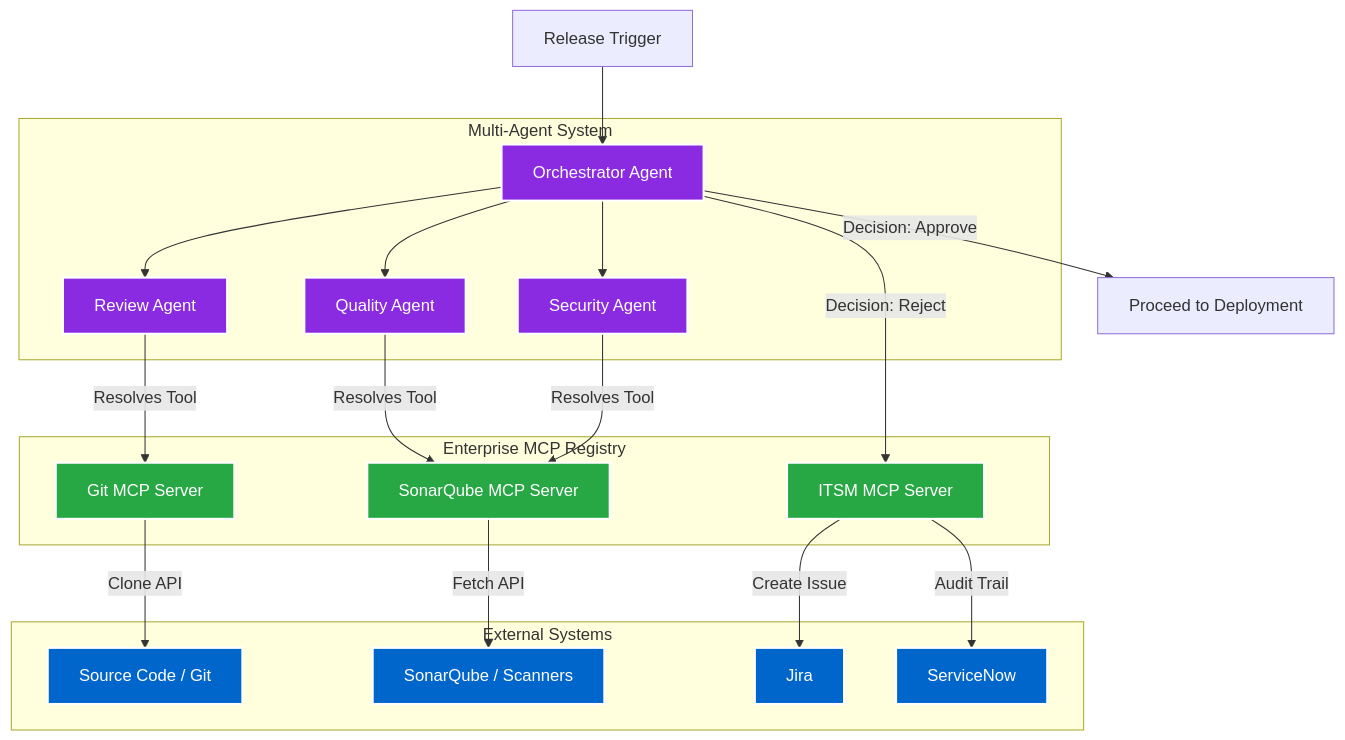
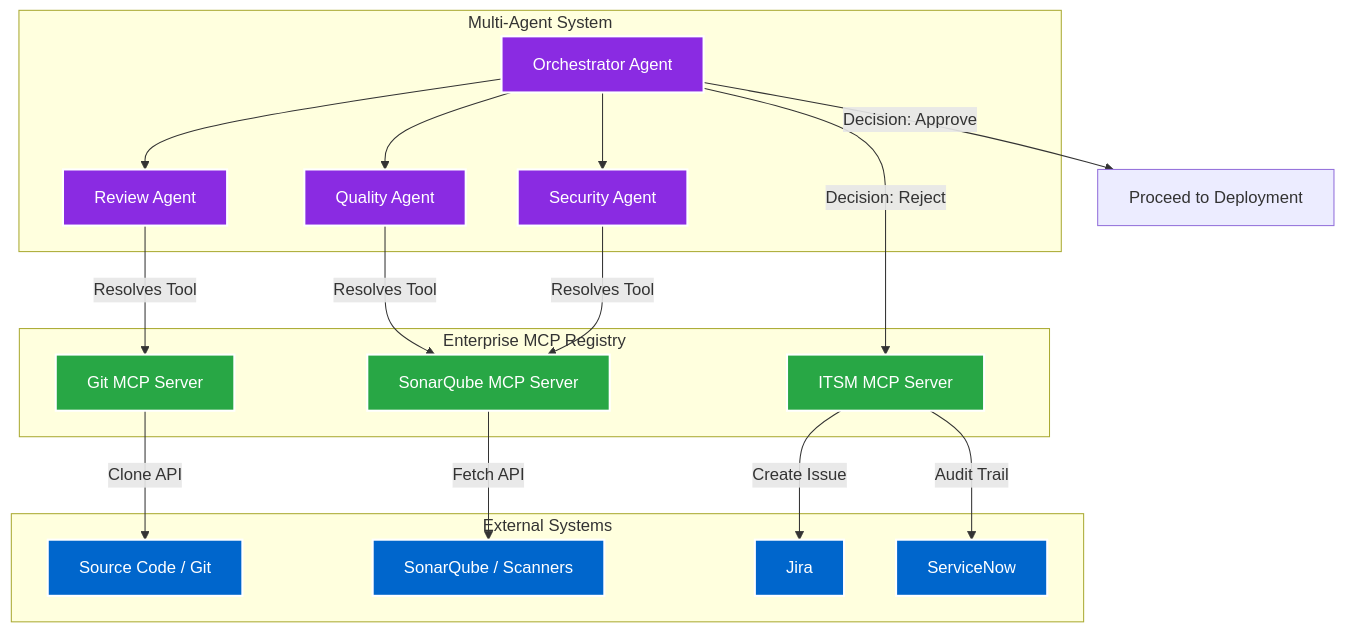
One commit to VinodKumarKP/my_portfolio changed the diagram in src/content/projects/release-management-agent.md. Above: the diagram before and after it, drawn with Mermaid.

````diff
--- a/src/content/projects/release-management-agent.md
+++ b/src/content/projects/release-management-agent.md
@@ -36,48 +36,47 @@
 ```mermaid
 graph TD
     subgraph SG1 [Multi-Agent System]
         OA[Orchestrator Agent]
         QA[Quality Agent]
         SA[Security Agent]
         RA[Review Agent]
     end
 
     subgraph SG3 [Enterprise MCP Registry]
         MCP_Git[Git MCP Server]
         MCP_SQ[SonarQube MCP Server]
         MCP_ITSM[ITSM MCP Server]
     end
 
     subgraph SG2 [External Systems]
         Git[Source Code / Git]
         SQ[SonarQube / Scanners]
         Jira[Jira]
         SN[ServiceNow]
     end
 
-    Trigger[Release Trigger] --> OA
     OA --> QA
     OA --> SA
     OA --> RA
 
     QA -->|"Resolves Tool"| MCP_SQ
     SA -->|"Resolves Tool"| MCP_SQ
     RA -->|"Resolves Tool"| MCP_Git
 
     MCP_SQ -->|"Fetch API"| SQ
     MCP_Git -->|"Clone API"| Git
 
     OA -->|"Decision: Reject"| MCP_ITSM
     MCP_ITSM -->|"Create Issue"| Jira
     MCP_ITSM -->|"Audit Trail"| SN
 
     OA -->|"Decision: Approve"| Deploy[Proceed to Deployment]
 
     classDef agent fill:#8a2be2,stroke:#fff,stroke-width:2px,color:#fff;
     classDef ext fill:#0066cc,stroke:#fff,stroke-width:2px,color:#fff;
     classDef mcp fill:#28a745,stroke:#fff,stroke-width:2px,color:#fff;
     
     class OA,QA,SA,RA agent;
     class Git,SQ,Jira,SN ext;
     class MCP_Git,MCP_SQ,MCP_ITSM mcp;
 ```
````
